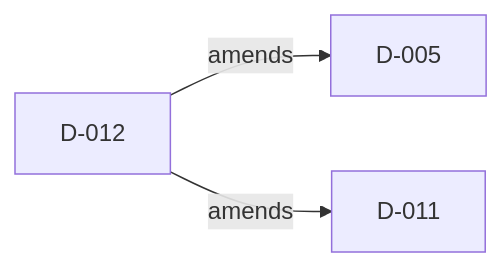
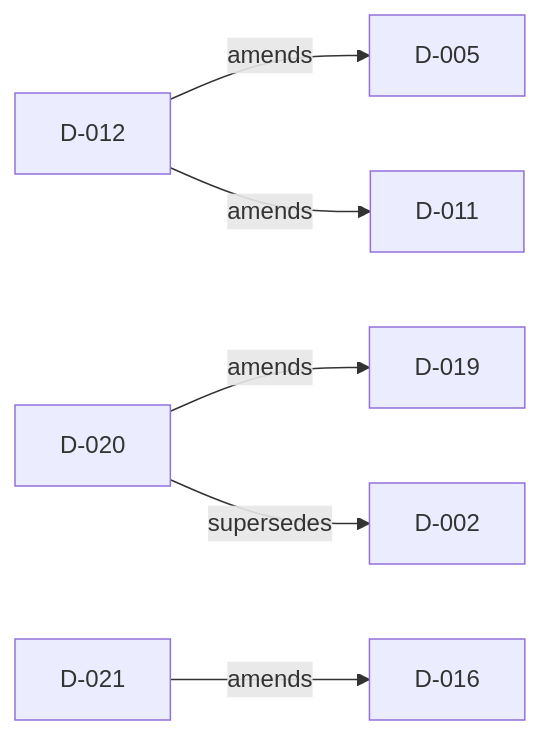
Before and after one commit to doka-labs/Doka.EntityFrameworkCore.NestedSet: the diagram in docs/decisions/README.md, drawn with Mermaid. The commit also changed other lines of this file and 1124 other files, not shown here.

````diff
--- a/docs/decisions/README.md
+++ b/docs/decisions/README.md
@@ -37,5 +41,8 @@
 ```mermaid
 flowchart LR
     D_012["D-012"] -->|amends| D_005["D-005"]
     D_012["D-012"] -->|amends| D_011["D-011"]
+    D_020["D-020"] -->|amends| D_019["D-019"]
+    D_020["D-020"] -->|supersedes| D_002["D-002"]
+    D_021["D-021"] -->|amends| D_016["D-016"]
 ```
````
